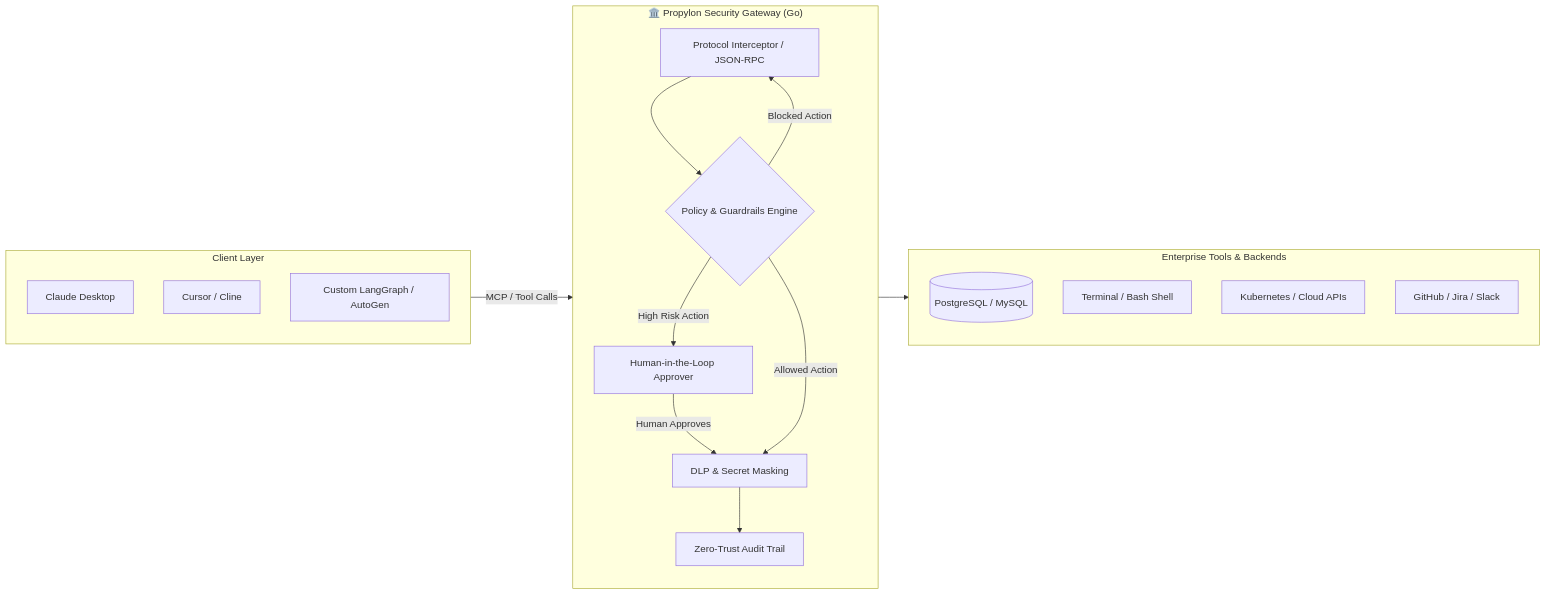
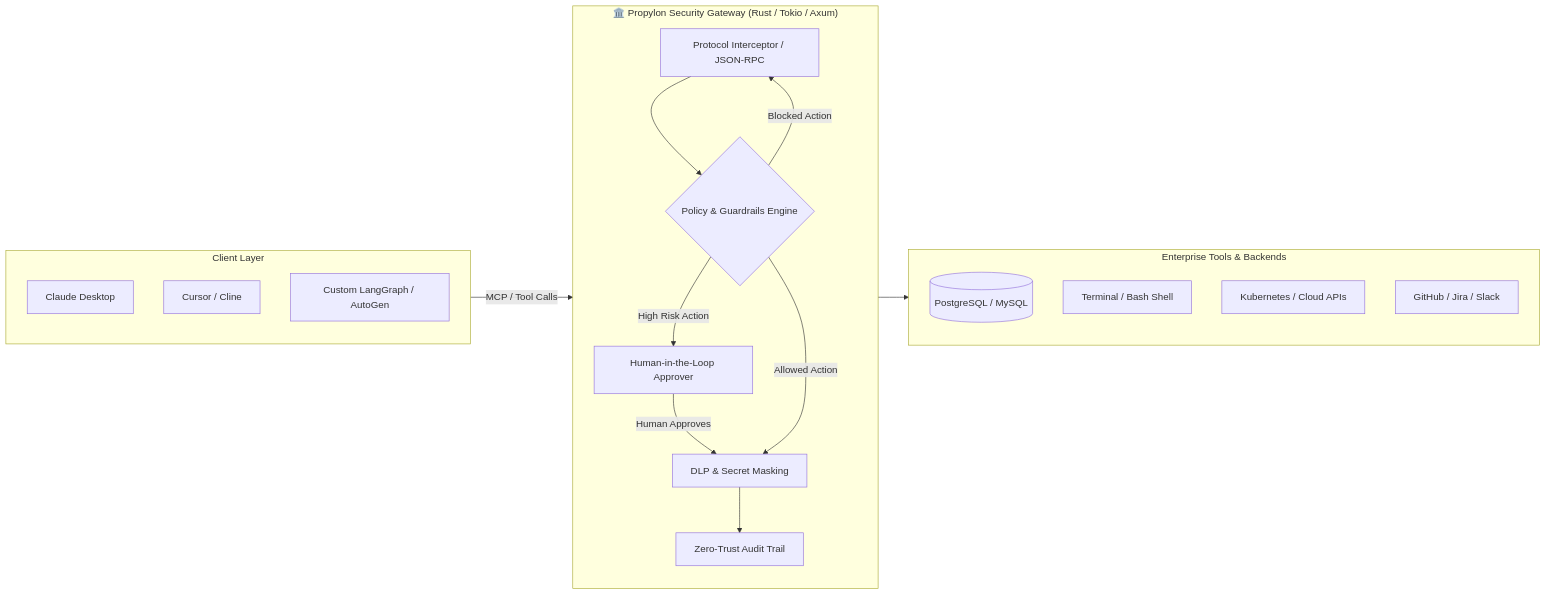
The diagram in README.md (xrwang8/propylon), drawn with Mermaid before and after one commit. The commit also changed other lines of this file and 18 other files, not shown here.

Commit message:
refactor: rewrite Propylon core in 100% memory-safe Rust with Tokio and Axum

````diff
--- a/README.md
+++ b/README.md
@@ -44,33 +44,33 @@
 ```mermaid
 flowchart LR
     subgraph Agentic_Clients ["Client Layer"]
         A1[Claude Desktop]
         A2[Cursor / Cline]
         A3[Custom LangGraph / AutoGen]
     end
 
-    subgraph Propylon_Gateway ["🏛️ Propylon Security Gateway (Go)"]
+    subgraph Propylon_Gateway ["🏛️ Propylon Security Gateway (Rust / Tokio / Axum)"]
         direction TB
         P1[Protocol Interceptor / JSON-RPC]
         P2{Policy & Guardrails Engine}
         P3[Human-in-the-Loop Approver]
         P4[DLP & Secret Masking]
         P5[Zero-Trust Audit Trail]
     end
 
     subgraph Upstream_Tools ["Enterprise Tools & Backends"]
         T1[(PostgreSQL / MySQL)]
         T2[Terminal / Bash Shell]
         T3[Kubernetes / Cloud APIs]
         T4[GitHub / Jira / Slack]
     end
 
     Agentic_Clients -->|MCP / Tool Calls| P1
     P1 --> P2
     P2 -->|High Risk Action| P3
     P3 -->|Human Approves| P4
     P2 -->|Allowed Action| P4
     P2 -->|Blocked Action| P1
     P4 --> Upstream_Tools
     P4 --> P5
 ```
````
